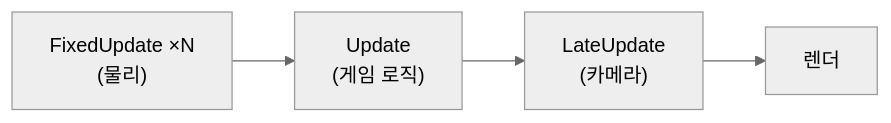
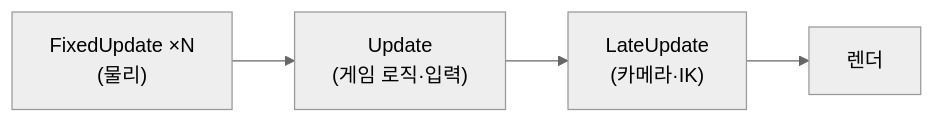
The first of 3 diagrams in summary-notes/유니티.md (Byeongchan99/CS-Card), drawn with Mermaid (neutral theme) before and after one commit. The commit also changed other lines of this file, not shown here.

````diff
--- a/summary-notes/유니티.md
+++ b/summary-notes/유니티.md
@@ -28,6 +96,6 @@
 ```mermaid
 flowchart LR
-    F["FixedUpdate ×N<br/>(물리)"] --> U["Update<br/>(게임 로직)"]
-    U --> L["LateUpdate<br/>(카메라)"]
+    F["FixedUpdate ×N<br/>(물리)"] --> U["Update<br/>(게임 로직·입력)"]
+    U --> L["LateUpdate<br/>(카메라·IK)"]
     L --> R["렌더"]
 ```
````
